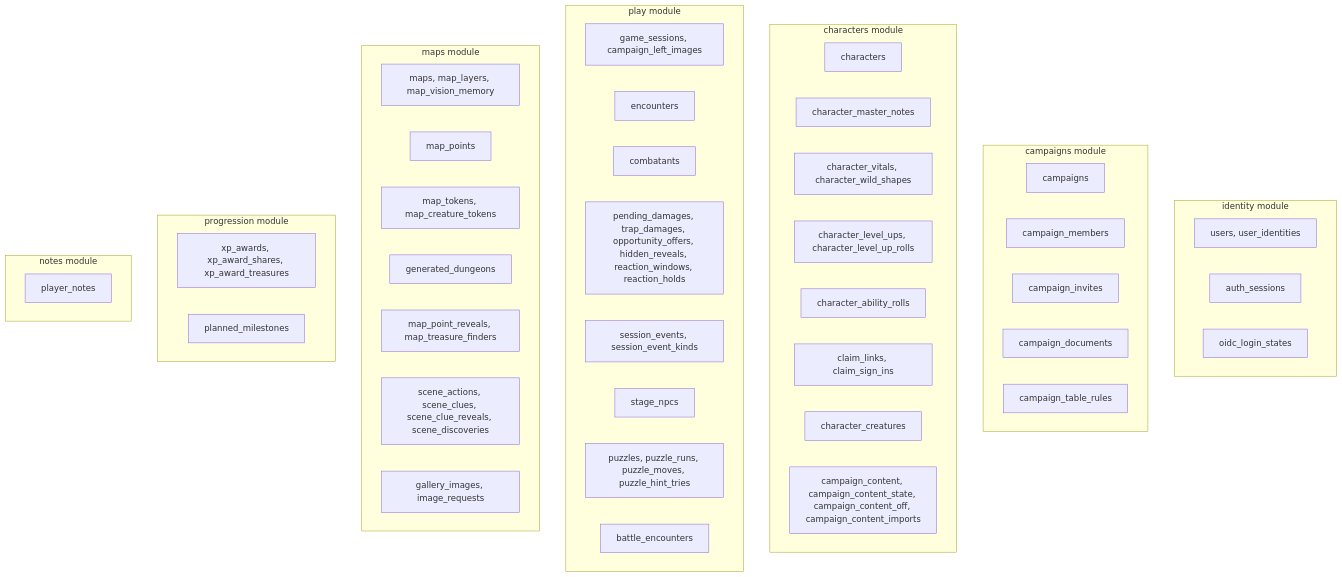
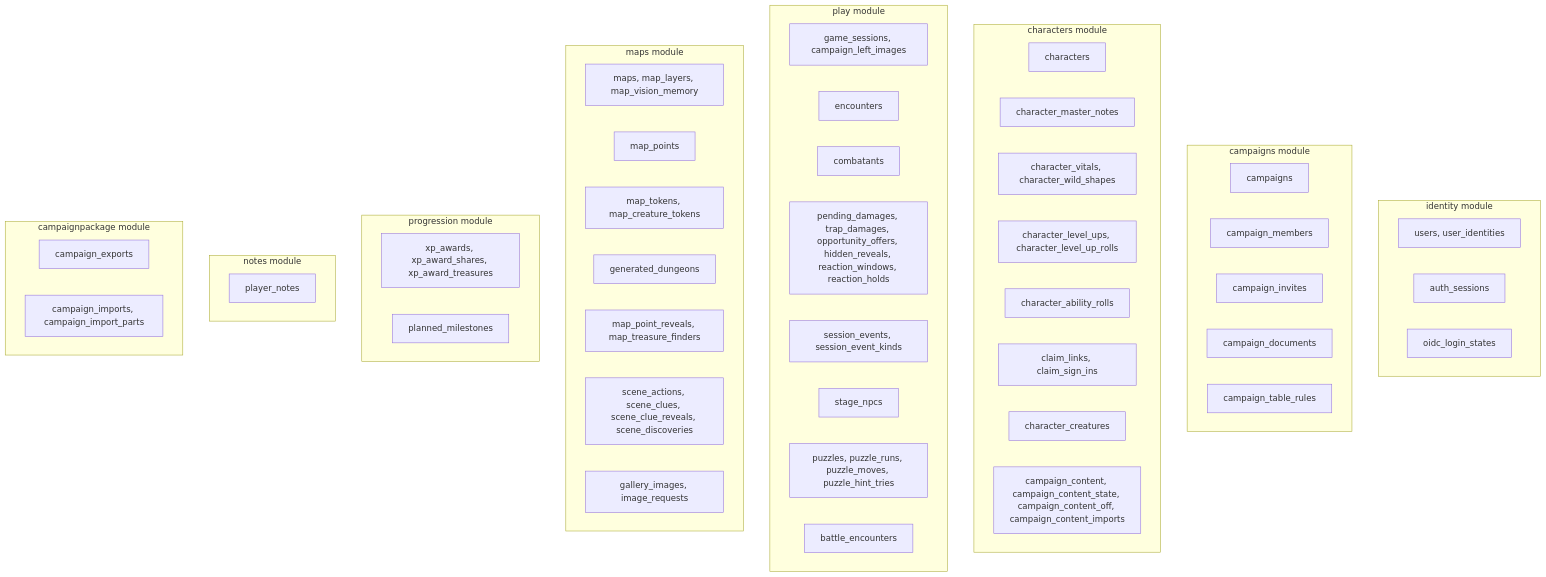
Before and after one commit to PuraFome/meuRPG: the first of 7 diagrams in docs/data.md, drawn with Mermaid. The commit also changed other lines of this file and 103 other files, not shown here.

First line of the commit message:
feat(campaigns): the campaign package, export and import (#291)

````diff
--- a/docs/data.md
+++ b/docs/data.md
@@ -29,57 +29,62 @@
 ```mermaid
 flowchart TD
     subgraph identity["identity module"]
         t_users["users, user_identities"]
         t_auth_sessions["auth_sessions"]
         t_oidc_login_states["oidc_login_states"]
     end
 
     subgraph campaigns_mod["campaigns module"]
         t_campaigns["campaigns"]
         t_campaign_members["campaign_members"]
         t_campaign_invites["campaign_invites"]
         t_campaign_documents["campaign_documents"]
         t_campaign_table_rules["campaign_table_rules"]
     end
 
     subgraph characters_mod["characters module"]
         t_characters["characters"]
         t_character_master_notes["character_master_notes"]
         t_character_vitals["character_vitals, character_wild_shapes"]
         t_character_level_ups["character_level_ups, character_level_up_rolls"]
         t_character_ability_rolls["character_ability_rolls"]
         t_claim_links["claim_links, claim_sign_ins"]
         t_character_creatures["character_creatures"]
         t_campaign_content["campaign_content, campaign_content_state, campaign_content_off, campaign_content_imports"]
     end
 
     subgraph play["play module"]
         t_game_sessions["game_sessions, campaign_left_images"]
         t_encounters["encounters"]
         t_combatants["combatants"]
         t_damage["pending_damages, trap_damages, opportunity_offers, hidden_reveals, reaction_windows, reaction_holds"]
         t_session_events["session_events, session_event_kinds"]
         t_stage_npcs["stage_npcs"]
         t_puzzles["puzzles, puzzle_runs, puzzle_moves, puzzle_hint_tries"]
         t_battle_encounters["battle_encounters"]
     end
 
     subgraph maps_mod["maps module"]
         t_maps["maps, map_layers, map_vision_memory"]
         t_map_points["map_points"]
         t_map_tokens["map_tokens, map_creature_tokens"]
         t_generated_dungeons["generated_dungeons"]
         t_map_point_reveals["map_point_reveals, map_treasure_finders"]
         t_scene["scene_actions, scene_clues, scene_clue_reveals, scene_discoveries"]
         t_gallery_images["gallery_images, image_requests"]
     end
 
     subgraph progression["progression module"]
         t_xp_awards["xp_awards, xp_award_shares, xp_award_treasures"]
         t_planned_milestones["planned_milestones"]
     end
 
     subgraph notes_mod["notes module"]
         t_player_notes["player_notes"]
     end
+
+    subgraph package_mod["campaignpackage module"]
+        t_exports["campaign_exports"]
+        t_imports["campaign_imports, campaign_import_parts"]
+    end
 ```
````
